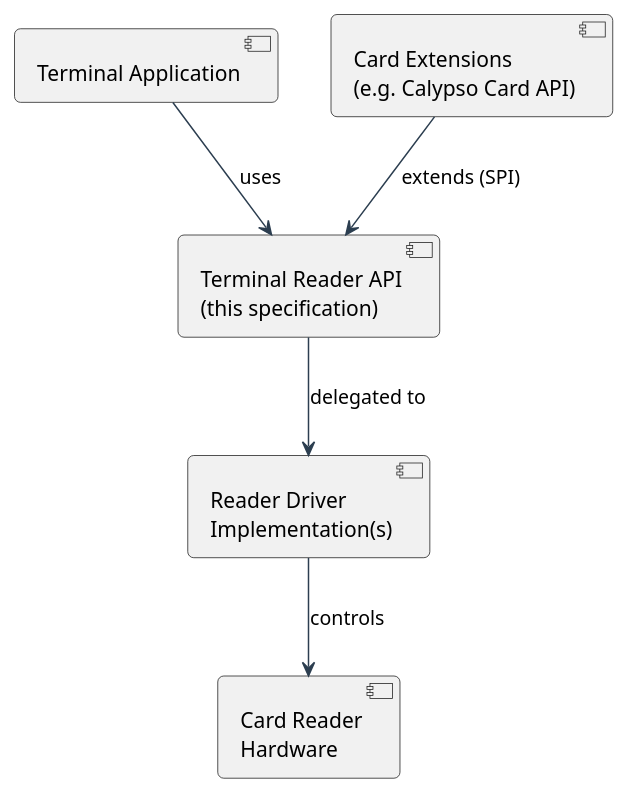
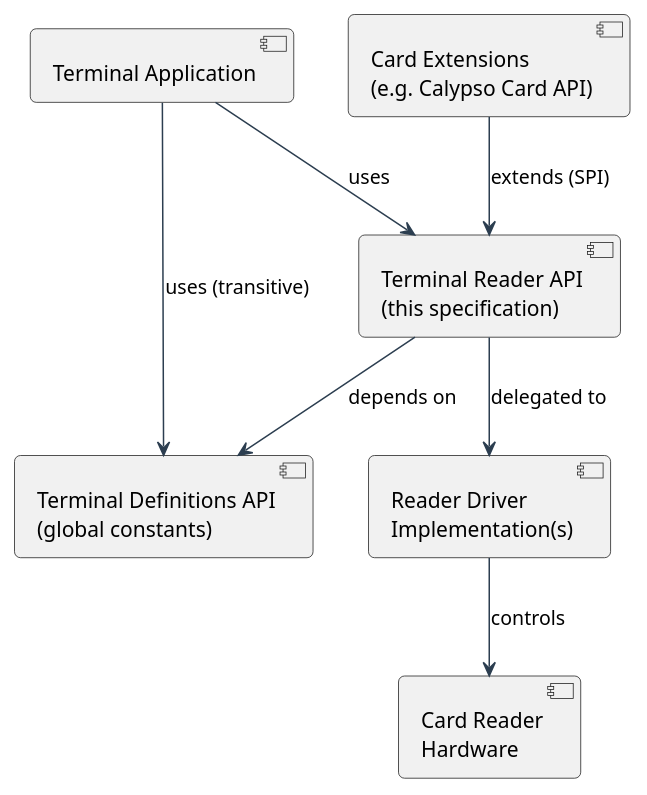
One commit to calypsonet/calypsonet-terminal-reader-uml-api changed the first of 2 diagrams in api_specification.adoc. Above: the diagram before and after it, drawn with PlantUML. The commit also changed other lines of this file and 4 other files, not shown here.

```diff
--- a/api_specification.adoc
+++ b/api_specification.adoc
@@ -248,19 +248,22 @@
 [plantuml, target=architecture-overview, format=svg]
 ....
 @startuml
 skinparam shadowing false
 skinparam roundCorner 8
 skinparam ArrowColor #2C3E50
 
 component "Terminal Application" as App
 component "Card Extensions\n(e.g. Calypso Card API)" as Ext
 component "Terminal Reader API\n(this specification)" as TR
+component "Terminal Definitions API\n(global constants)" as Def
 component "Reader Driver\nImplementation(s)" as Drv
 component "Card Reader\nHardware" as HW
 
-App --> TR : uses
+App --> TR  : uses
+App --> Def : uses (transitive)
 Ext  --> TR : extends (SPI)
+TR   --> Def : depends on
 TR   --> Drv : delegated to
-Drv  --> HW : controls
+Drv  --> HW  : controls
 @enduml
 ....
```
